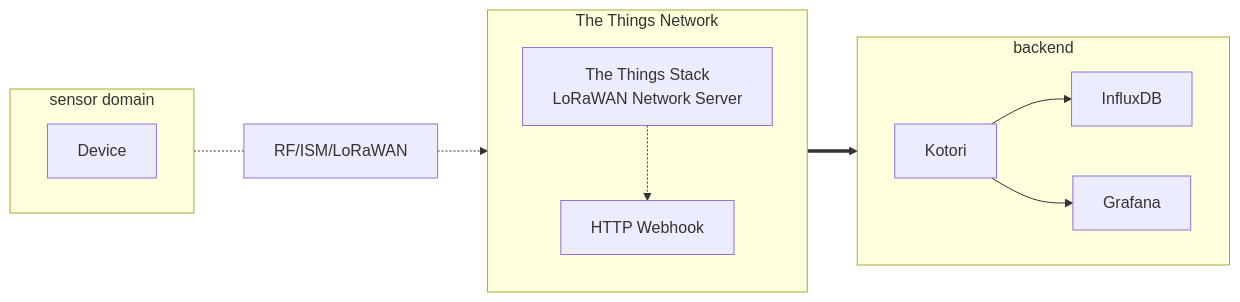
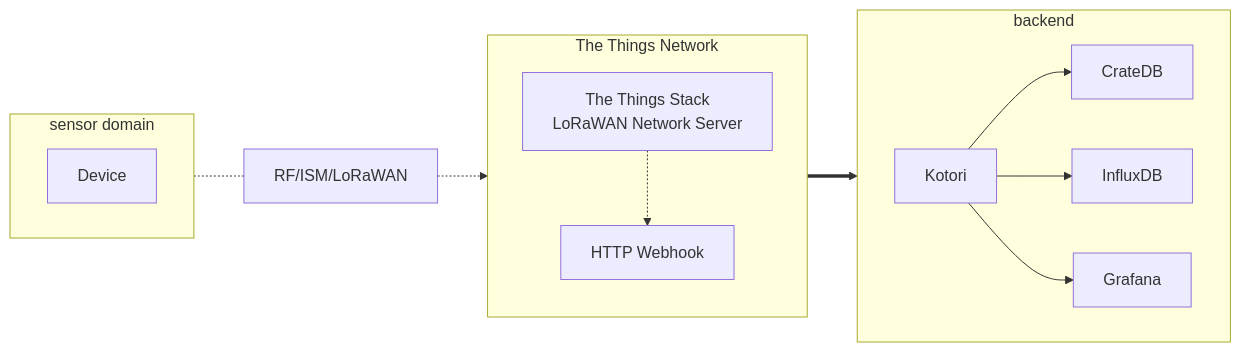
The diagram in doc/source/integration/tts-ttn.rst (daq-tools/kotori), drawn with Mermaid before and after one commit. The commit also changed 25 other files, not shown here.

```diff
--- a/doc/source/integration/tts-ttn.rst
+++ b/doc/source/integration/tts-ttn.rst
@@ -29,25 +29,26 @@
 .. mermaid::
 
     %%{init: {"flowchart": {"defaultRenderer": "dagre", "htmlLabels": false}} }%%
 
     flowchart LR
 
       subgraph sensors [sensor domain]
         direction LR
         Device
       end
 
       subgraph network [The Things Network]
         direction TB
         TTS[The Things Stack\nLoRaWAN Network Server]
         TTS -.-> Webhook[HTTP Webhook]
       end
 
       subgraph backend
         direction LR
+        Kotori --> CrateDB
         Kotori --> InfluxDB
         Kotori --> Grafana
       end
 
       sensors -.- RF/ISM/LoRaWAN -.-> network
       network ==> backend
```
